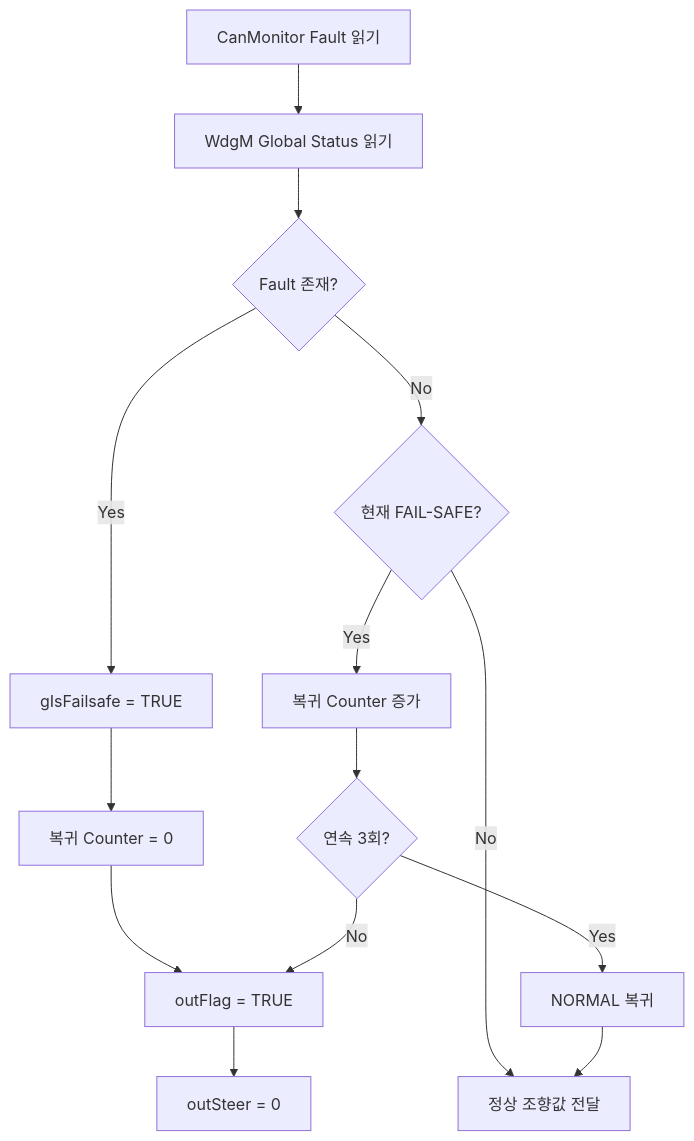
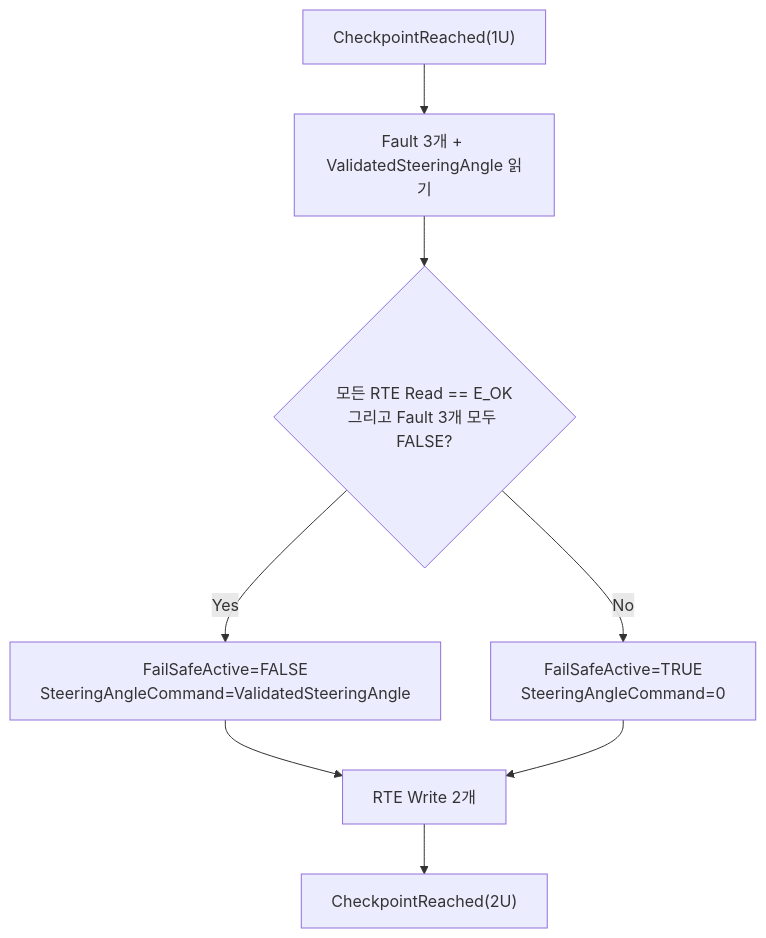
The third of 3 diagrams in iso26262-sbw-failsafe/workproducts/05_SW_Detailed_Design_Unit_Construction.md (kwangil1245-code/iso26262-sbw-failsafe), drawn with Mermaid before and after one commit. The commit also changed other lines of this file, not shown here.

````diff
--- a/iso26262-sbw-failsafe/workproducts/05_SW_Detailed_Design_Unit_Construction.md
+++ b/iso26262-sbw-failsafe/workproducts/05_SW_Detailed_Design_Unit_Construction.md
@@ -198,21 +245,10 @@
 ```mermaid
 flowchart TD
-    A["CanMonitor Fault 읽기"] --> B["WdgM Global Status 읽기"]
-    B --> C{"Fault 존재?"}
-
-    C -->|"Yes"| D["gIsFailsafe = TRUE"]
-    D --> E["복귀 Counter = 0"]
-    E --> F["outFlag = TRUE"]
-    F --> G["outSteer = 0"]
-
-    C -->|"No"| H{"현재 FAIL-SAFE?"}
-
-    H -->|"No"| I["정상 조향값 전달"]
-
-    H -->|"Yes"| J["복귀 Counter 증가"]
-    J --> K{"연속 3회?"}
-
-    K -->|"No"| F
-    K -->|"Yes"| L["NORMAL 복귀"]
-    L --> I
+  A["CheckpointReached(1U)"] --> B["Fault 3개 + ValidatedSteeringAngle 읽기"]
+  B --> C{"모든 RTE Read == E_OK<br/>그리고 Fault 3개 모두 FALSE?"}
+  C -->|Yes| D["FailSafeActive=FALSE<br/>SteeringAngleCommand=ValidatedSteeringAngle"]
+  C -->|No| E["FailSafeActive=TRUE<br/>SteeringAngleCommand=0"]
+  D --> F["RTE Write 2개"]
+  E --> F
+  F --> G["CheckpointReached(2U)"]
 ```
````
